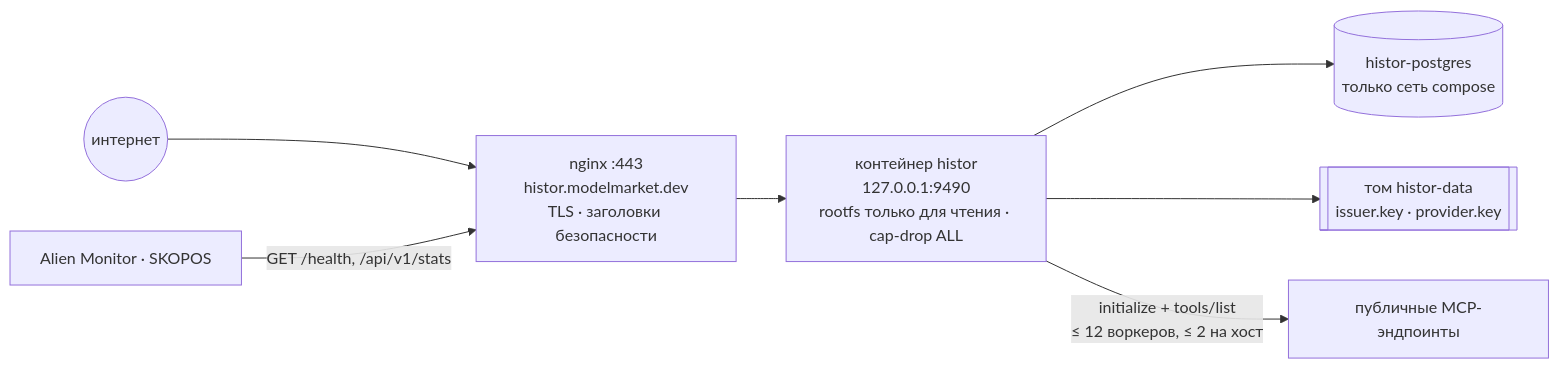
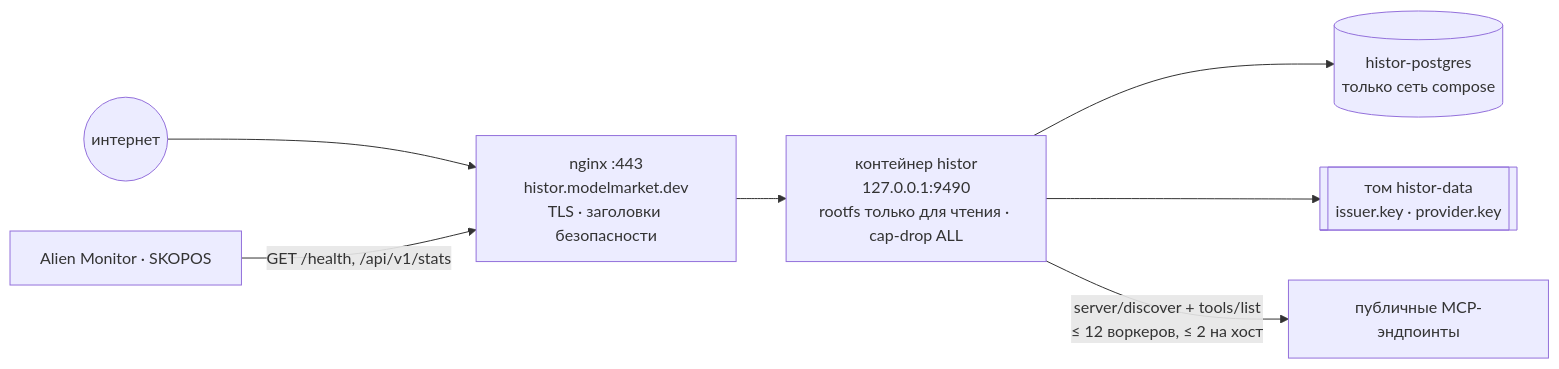
The first of 3 diagrams in docs/operations.ru.md (alexar76/histor), drawn with Mermaid before and after one commit. The commit also changed other lines of this file and 78 other files, not shown here.

````diff
--- a/docs/operations.ru.md
+++ b/docs/operations.ru.md
@@ -7,9 +7,9 @@
 ```mermaid
 flowchart LR
     NET(("интернет")) --> NGINX["nginx :443<br/>histor.modelmarket.dev<br/>TLS · заголовки безопасности"]
     NGINX --> APP["контейнер histor<br/>127.0.0.1:9490<br/>rootfs только для чтения · cap-drop ALL"]
     APP --> PG[("histor-postgres<br/>только сеть compose")]
     APP --> VOL[["том histor-data<br/>issuer.key · provider.key"]]
-    APP -- "initialize + tools/list<br/>≤ 12 воркеров, ≤ 2 на хост" --> MCP["публичные MCP-эндпоинты"]
+    APP -- "server/discover + tools/list<br/>≤ 12 воркеров, ≤ 2 на хост" --> MCP["публичные MCP-эндпоинты"]
     MON["Alien Monitor · SKOPOS"] -- "GET /health, /api/v1/stats" --> NGINX
 ```
````
